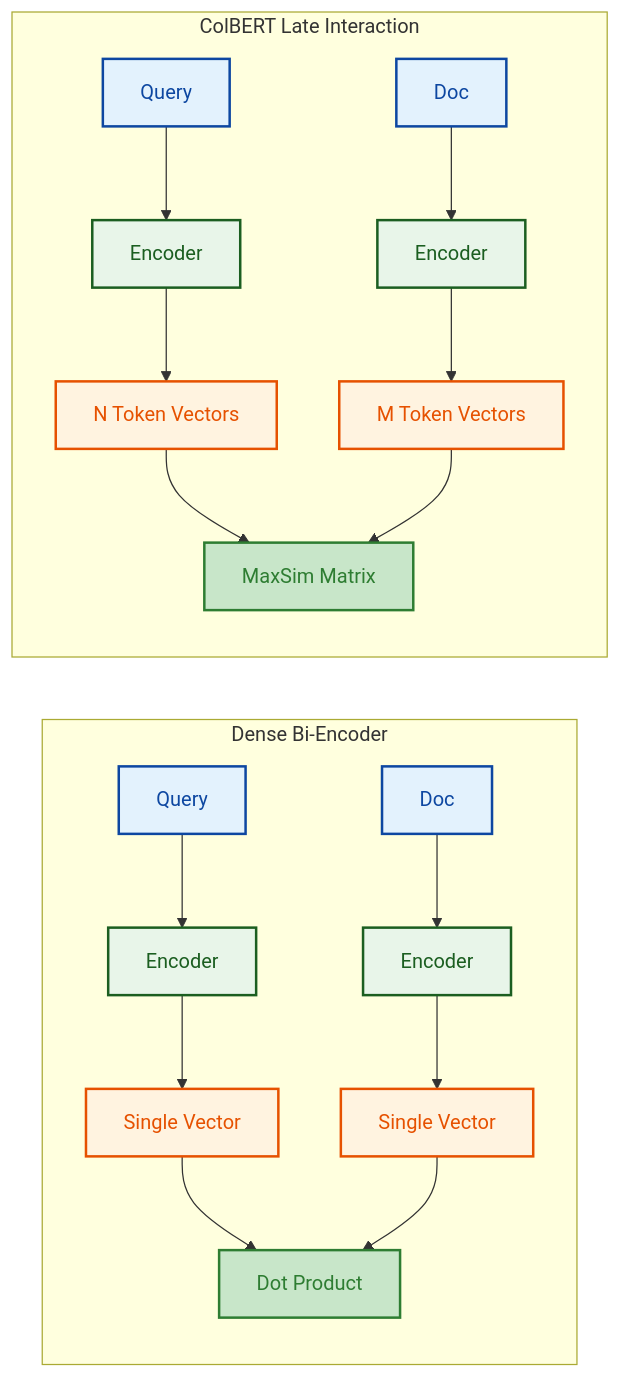
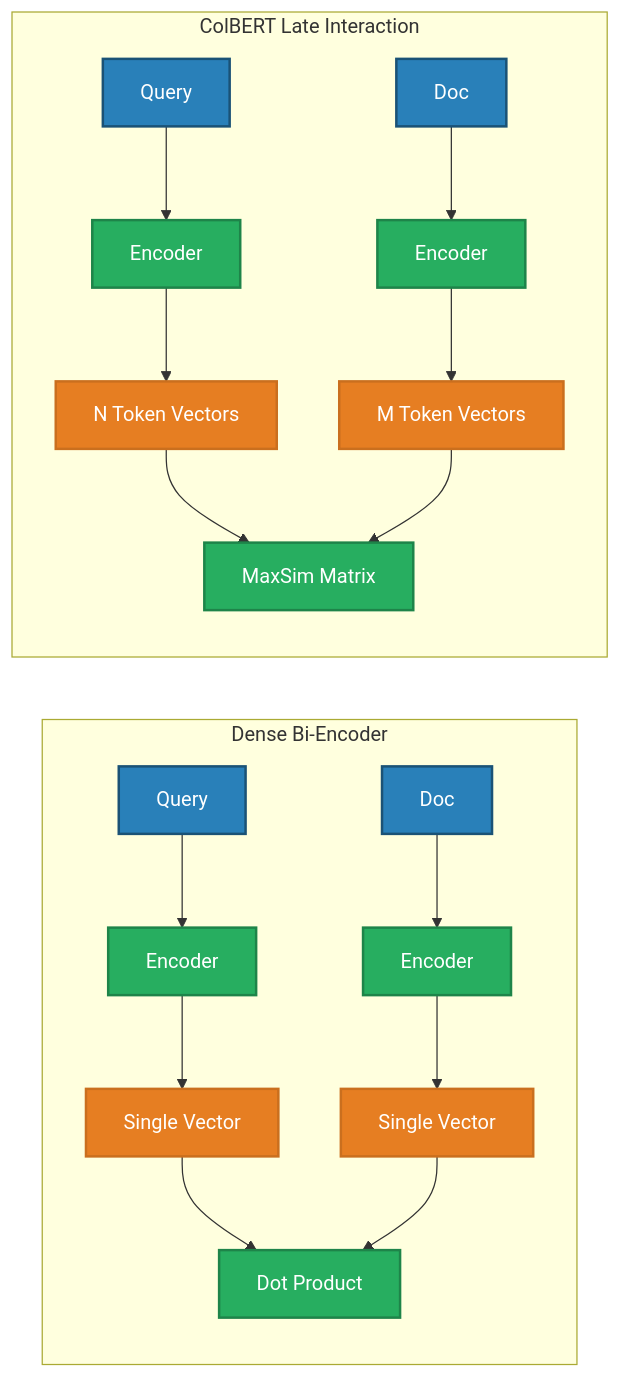
The second of 3 diagrams in docs/04-embeddings/README.md (GyanendraChaubey/AI-Engineering-Notes), drawn with Mermaid before and after one commit. The commit also changed other lines of this file and 15 other files, not shown here.

Commit message:
style: replace all Mermaid diagram colors with saturated palette + white text for dark mode compatibility (321 changes across 16 files)

````diff
--- a/docs/04-embeddings/README.md
+++ b/docs/04-embeddings/README.md
@@ -104,30 +104,30 @@
 ```mermaid
 flowchart LR
     subgraph DenseBiEncoder ["Dense Bi-Encoder"]
         A1[Query] --> B1[Encoder] --> C1[Single Vector]
         A2[Doc] --> B2[Encoder] --> C2[Single Vector]
         C1 --> D1[Dot Product]
         C2 --> D1
     end
     
     subgraph ColBERTLateInteraction ["ColBERT Late Interaction"]
         E1[Query] --> F1[Encoder] --> G1[N Token Vectors]
         E2[Doc] --> F2[Encoder] --> G2[M Token Vectors]
         G1 --> H1[MaxSim Matrix]
         G2 --> H1
     end
-    style A1 fill:#e3f2fd,stroke:#0d47a1,stroke-width:2px,color:#0d47a1
-    style B1 fill:#e8f5e9,stroke:#1b5e20,stroke-width:2px,color:#1b5e20
-    style C1 fill:#fff3e0,stroke:#e65100,stroke-width:2px,color:#e65100
-    style A2 fill:#e3f2fd,stroke:#0d47a1,stroke-width:2px,color:#0d47a1
-    style B2 fill:#e8f5e9,stroke:#1b5e20,stroke-width:2px,color:#1b5e20
-    style C2 fill:#fff3e0,stroke:#e65100,stroke-width:2px,color:#e65100
-    style D1 fill:#c8e6c9,stroke:#2e7d32,stroke-width:2px,color:#2e7d32
-    style E1 fill:#e3f2fd,stroke:#0d47a1,stroke-width:2px,color:#0d47a1
-    style F1 fill:#e8f5e9,stroke:#1b5e20,stroke-width:2px,color:#1b5e20
-    style G1 fill:#fff3e0,stroke:#e65100,stroke-width:2px,color:#e65100
-    style E2 fill:#e3f2fd,stroke:#0d47a1,stroke-width:2px,color:#0d47a1
-    style F2 fill:#e8f5e9,stroke:#1b5e20,stroke-width:2px,color:#1b5e20
-    style G2 fill:#fff3e0,stroke:#e65100,stroke-width:2px,color:#e65100
-    style H1 fill:#c8e6c9,stroke:#2e7d32,stroke-width:2px,color:#2e7d32
+    style A1 fill:#2980B9,stroke:#1A5276,stroke-width:2px,color:#FFFFFF
+    style B1 fill:#27AE60,stroke:#1E8449,stroke-width:2px,color:#FFFFFF
+    style C1 fill:#E67E22,stroke:#CA6F1E,stroke-width:2px,color:#FFFFFF
+    style A2 fill:#2980B9,stroke:#1A5276,stroke-width:2px,color:#FFFFFF
+    style B2 fill:#27AE60,stroke:#1E8449,stroke-width:2px,color:#FFFFFF
+    style C2 fill:#E67E22,stroke:#CA6F1E,stroke-width:2px,color:#FFFFFF
+    style D1 fill:#27AE60,stroke:#1E8449,stroke-width:2px,color:#FFFFFF
+    style E1 fill:#2980B9,stroke:#1A5276,stroke-width:2px,color:#FFFFFF
+    style F1 fill:#27AE60,stroke:#1E8449,stroke-width:2px,color:#FFFFFF
+    style G1 fill:#E67E22,stroke:#CA6F1E,stroke-width:2px,color:#FFFFFF
+    style E2 fill:#2980B9,stroke:#1A5276,stroke-width:2px,color:#FFFFFF
+    style F2 fill:#27AE60,stroke:#1E8449,stroke-width:2px,color:#FFFFFF
+    style G2 fill:#E67E22,stroke:#CA6F1E,stroke-width:2px,color:#FFFFFF
+    style H1 fill:#27AE60,stroke:#1E8449,stroke-width:2px,color:#FFFFFF
 ```
````
